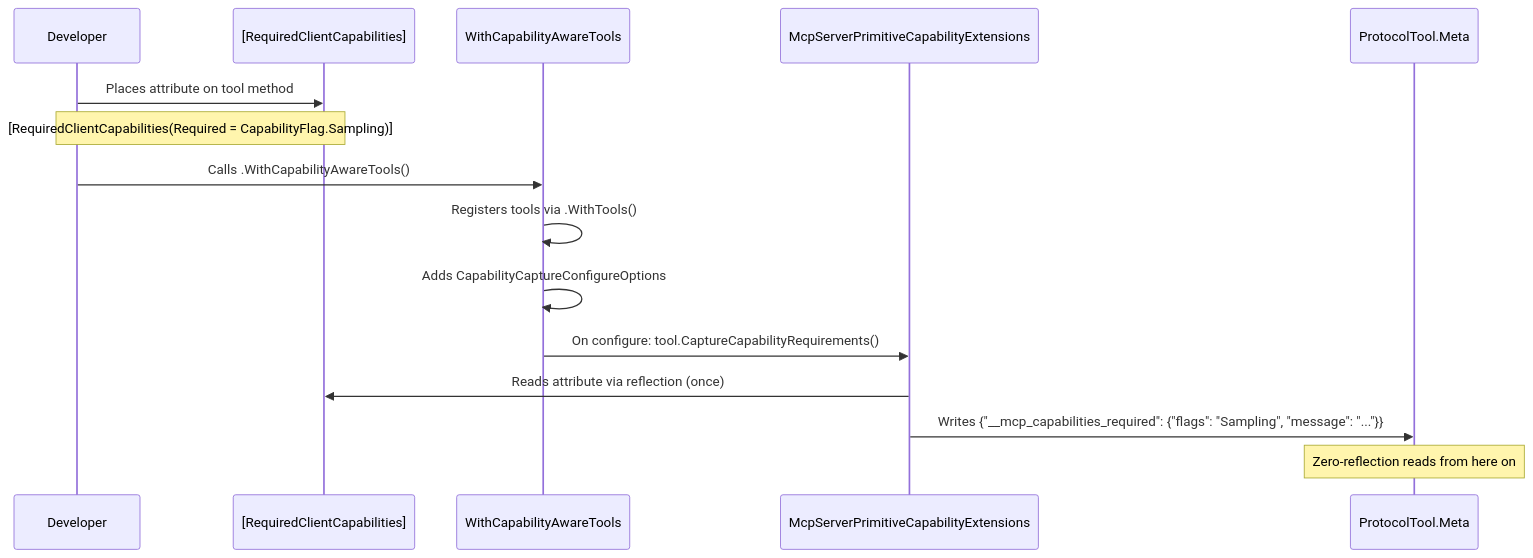
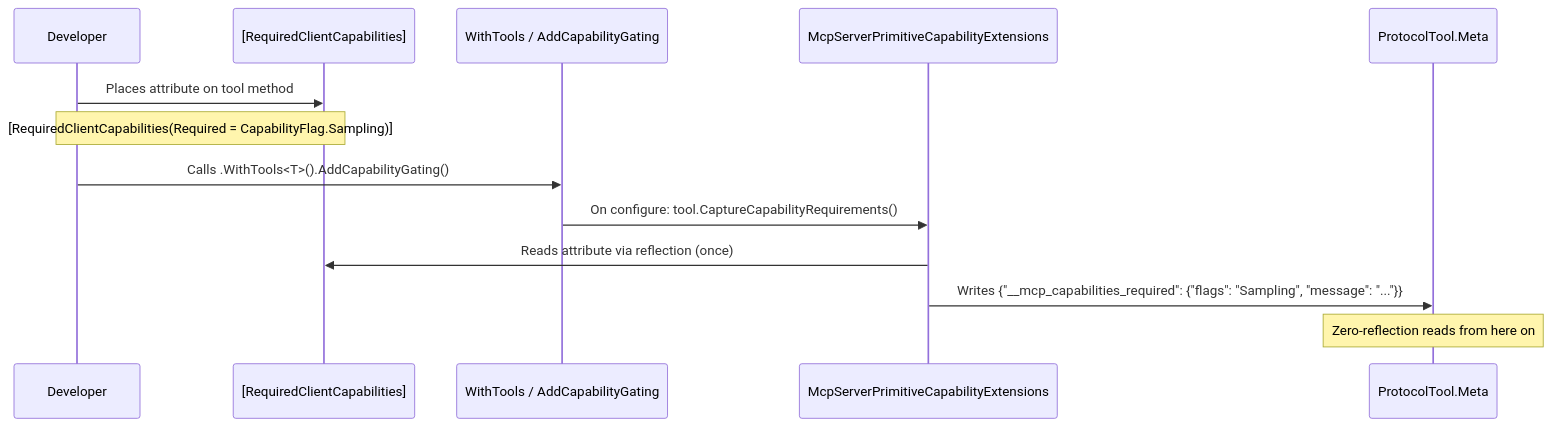
One commit to logichaos/McpCapabilities changed the second of 5 diagrams in src/McpCapabilities.Server/README.md. Above: the diagram before and after it, drawn with Mermaid. The commit also changed other lines of this file and 16 other files, not shown here.

````diff
--- a/src/McpCapabilities.Server/README.md
+++ b/src/McpCapabilities.Server/README.md
@@ -73,18 +76,16 @@
 ```mermaid
 sequenceDiagram
     participant User as Developer
     participant Attr as [RequiredClientCapabilities]
-    participant Bldr as WithCapabilityAwareTools
+    participant Bldr as WithTools / AddCapabilityGating
     participant Ext as McpServerPrimitiveCapabilityExtensions
     participant Meta as ProtocolTool.Meta
 
     User->>Attr: Places attribute on tool method
     Note over User,Attr: [RequiredClientCapabilities(Required = CapabilityFlag.Sampling)]
-    User->>Bldr: Calls .WithCapabilityAwareTools()
-    Bldr->>Bldr: Registers tools via .WithTools()
-    Bldr->>Bldr: Adds CapabilityCaptureConfigureOptions
+    User->>Bldr: Calls .WithTools<T>().AddCapabilityGating()
     Bldr->>Ext: On configure: tool.CaptureCapabilityRequirements()
     Ext->>Attr: Reads attribute via reflection (once)
     Ext->>Meta: Writes {"__mcp_capabilities_required": {"flags": "Sampling", "message": "..."}}
     Note over Meta: Zero-reflection reads from here on
 ```
````
